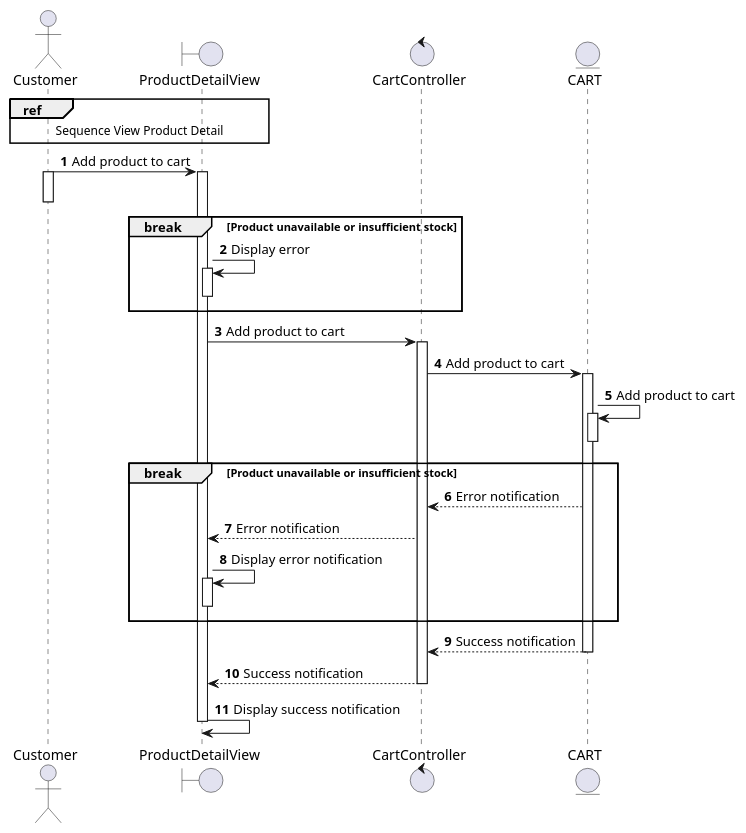
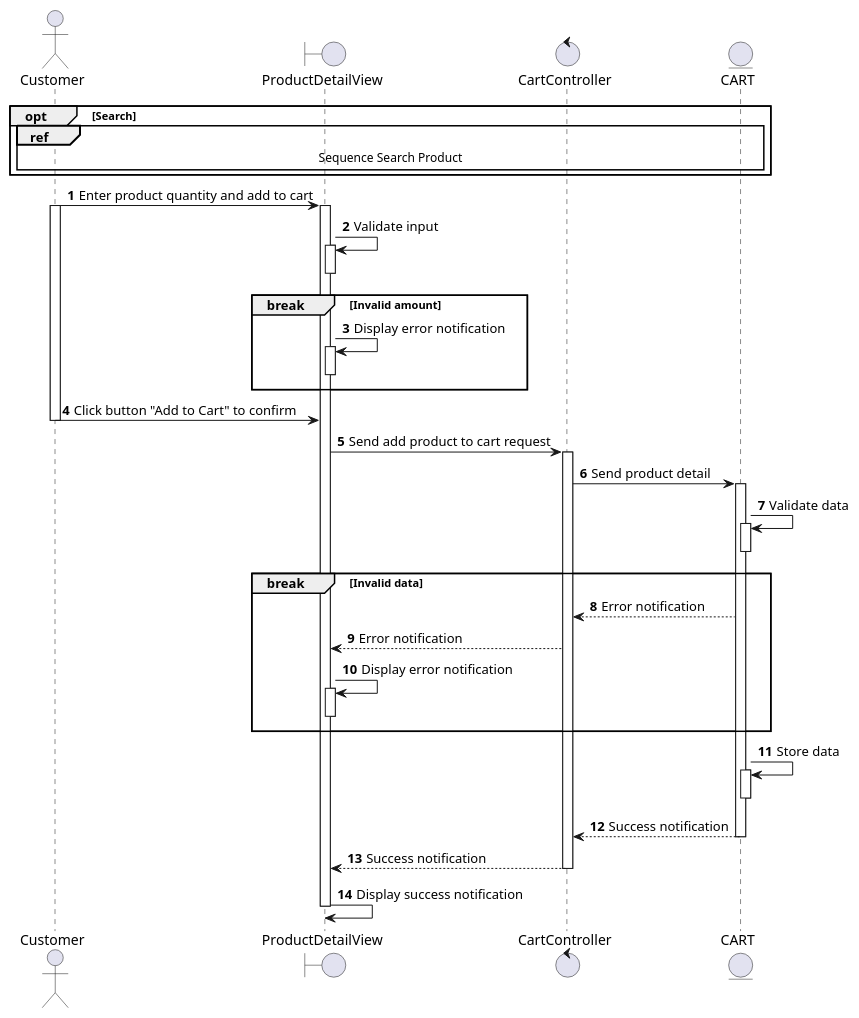
One commit to electricilies/electricilies.github.io changed the diagram in docs/docs/sequence/view-product/add-product-to-cart.md. Above: the diagram before and after it, drawn with PlantUML. The commit also changed 4 other files, not shown here.

Commit message:
fix: yay view-product

````diff
--- a/docs/docs/sequence/view-product/add-product-to-cart.md
+++ b/docs/docs/sequence/view-product/add-product-to-cart.md
@@ -3,43 +3,51 @@
 ```plantuml
 @startuml
 autonumber
 
 actor Customer as C
 boundary ProductDetailView as PDV
 control CartController as CC
 entity CART as Ca
 
-ref over C, PDV: Sequence View Product Detail
-C -> PDV: Add product to cart
+opt Search
+  ref over C, Ca: Sequence Search Product
+end
+C -> PDV: Enter product quantity and add to cart
 activate C
 activate PDV
-deactivate C
-break Product unavailable or insufficient stock
-  PDV -> PDV: Display error
+PDV -> PDV: Validate input
+activate PDV
+deactivate PDV
+break Invalid amount
+  PDV -> PDV: Display error notification
   activate PDV
   deactivate PDV
 end
-PDV -> CC: Add product to cart
+C -> PDV: Click button "Add to Cart" to confirm
+deactivate C
+PDV -> CC: Send add product to cart request
 activate CC
-CC -> Ca: Add product to cart
+CC -> Ca: Send product detail
 activate Ca
-Ca -> Ca: Add product to cart
+Ca -> Ca: Validate data
 activate Ca
 deactivate Ca
-break Product unavailable or insufficient stock
+break Invalid data
   CC <-- Ca: Error notification
   PDV <-- CC: Error notification
   PDV -> PDV: Display error notification
   activate PDV
   deactivate PDV
 end
+Ca -> Ca: Store data
+activate Ca
+deactivate Ca
 CC <-- Ca: Success notification
 deactivate Ca
 PDV <-- CC: Success notification
 deactivate CC
 PDV -> PDV: Display success notification
-deactivate CC
 deactivate PDV
 
 @enduml
 ```
````
